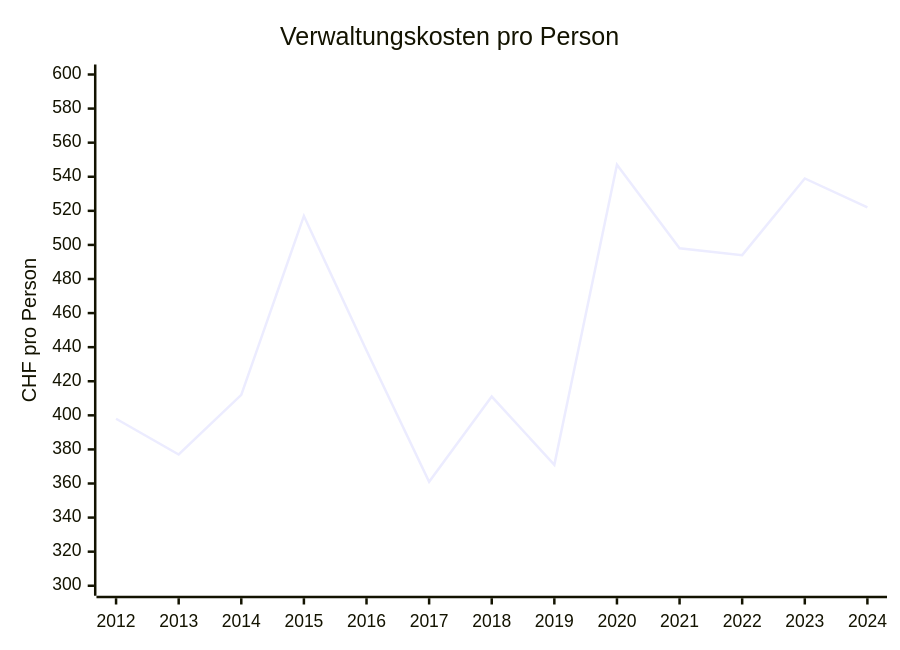
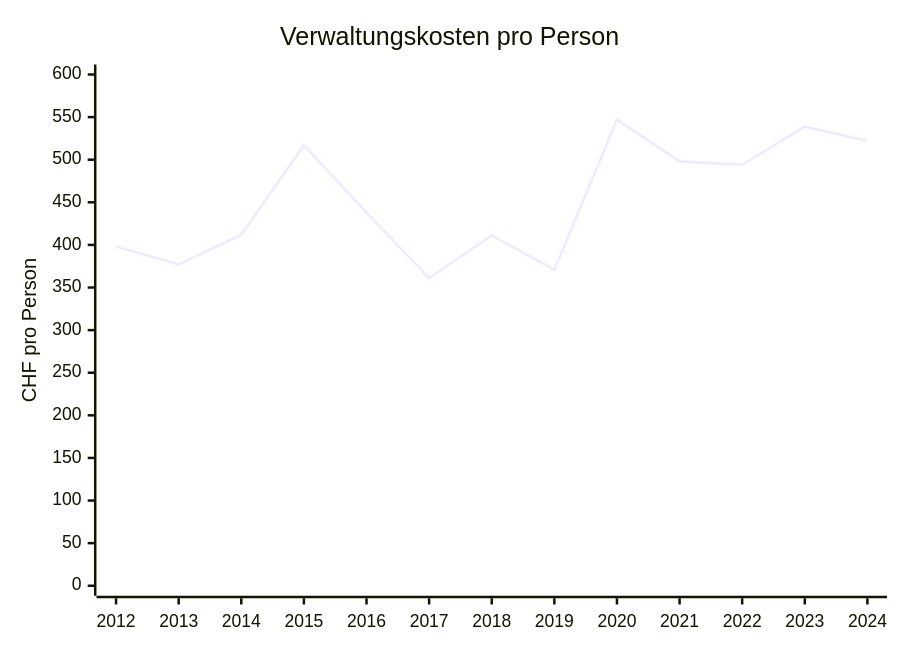
One commit to risajef/risajef.github.io changed the fourth of 8 diagrams in docs/politics/finanzen-beringen.md. Above: the diagram before and after it, drawn with Mermaid. The commit also changed other lines of this file and 5 other files, not shown here.

````diff
--- a/docs/politics/finanzen-beringen.md
+++ b/docs/politics/finanzen-beringen.md
@@ -69,7 +69,7 @@
 ```mermaid
 xychart
 title "Verwaltungskosten pro Person"
 x-axis [2012, 2013, 2014, 2015, 2016, 2017, 2018, 2019, 2020, 2021, 2022, 2023, 2024]
-y-axis "CHF pro Person" 300 --> 600
+y-axis "CHF pro Person" 0 --> 600
 line [398, 377, 412, 517, 438, 361, 411, 371, 547, 498, 494, 539, 522]
 ```
````
